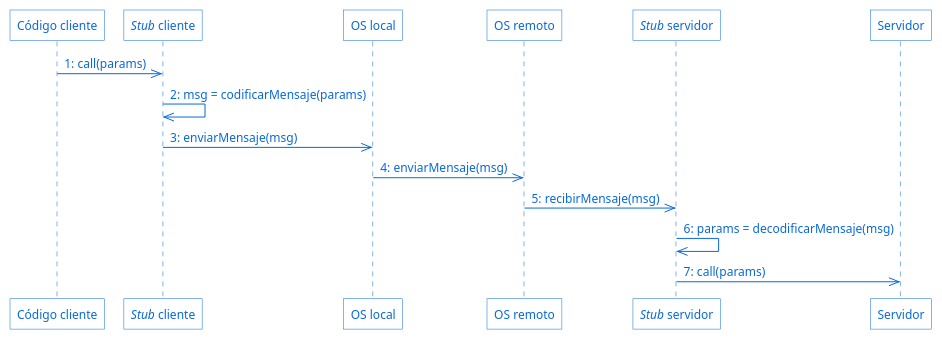
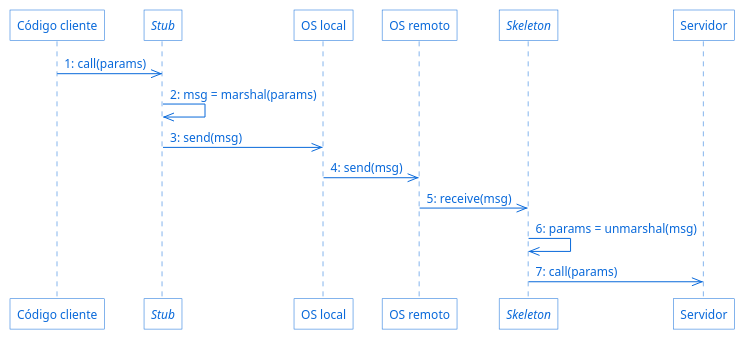
The diagram in diagrams/RPC.plantuml (ucudal/ANDIS_Conceptos), drawn with PlantUML before and after one commit. The commit also changed 17 other files, not shown here.

```diff
--- a/diagrams/RPC.plantuml
+++ b/diagrams/RPC.plantuml
@@ -1,31 +1,31 @@
 @startuml
 
 <style>
 document {
   BackGroundColor transparent
 }
 element {
   FontColor #0969DA
   LineColor #0969DA
   BackGroundColor transparent
   FontSize 12
   RoundCorner 0
 }
 </style>
 
 participant "Código cliente" as PC
-participant "//Stub// cliente" as SC
+participant "//Stub//" as SC
 participant "OS local" as LOS
 participant "OS remoto" as ROS
-participant "//Stub// servidor" as SS
+participant "//Skeleton//" as SS
 participant "Servidor" as S
 
 PC ->> SC : 1: call(params)
-SC ->> SC : 2: msg = codificarMensaje(params)
-SC ->> LOS : 3: enviarMensaje(msg)
-LOS ->> ROS : 4: enviarMensaje(msg)
-ROS ->> SS : 5: recibirMensaje(msg)
-SS ->> SS : 6: params = decodificarMensaje(msg)
+SC ->> SC : 2: msg = marshal(params)
+SC ->> LOS : 3: send(msg)
+LOS ->> ROS : 4: send(msg)
+ROS ->> SS : 5: receive(msg)
+SS ->> SS : 6: params = unmarshal(msg)
 SS ->> S : 7: call(params)
 
 @enduml
```
